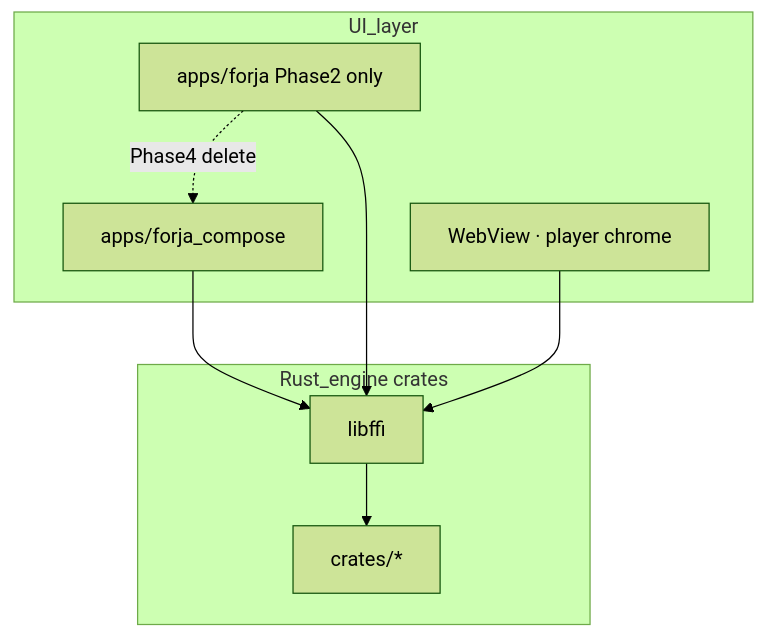
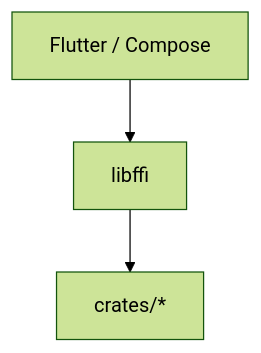
Before and after one commit to mGhassen/Forja: the diagram in docs/migration/README.md, drawn with Mermaid (forest theme). The commit also changed other lines of this file and 22 other files, not shown here.

Commit message:
feat: Implement torrent search and filtering functionality in Rust engine; update Dart interfaces to utilize new FFI methods for enhanced integration and remove legacy Dart backend hooks

````diff
--- a/docs/migration/README.md
+++ b/docs/migration/README.md
@@ -26,20 +34,8 @@
 ```mermaid
 flowchart TB
-  subgraph ui [UI_layer]
-    ComposeApp["apps/forja_compose"]
-    FlutterApp["apps/forja Phase2 only"]
-    PlatformUI["WebView · player chrome"]
-  end
+  UI["Flutter / Compose"]
+  FFI["libffi"]
+  Engine["crates/*"]
 
-  subgraph engine [Rust_engine crates]
-    Crates["crates/*"]
-    FFI["libffi"]
-  end
-
-  ComposeApp --> FFI
-  FlutterApp --> FFI
-  PlatformUI --> FFI
-  FFI --> Crates
-
-  FlutterApp -.->|Phase4 delete| ComposeApp
+  UI --> FFI --> Engine
 ```
````
